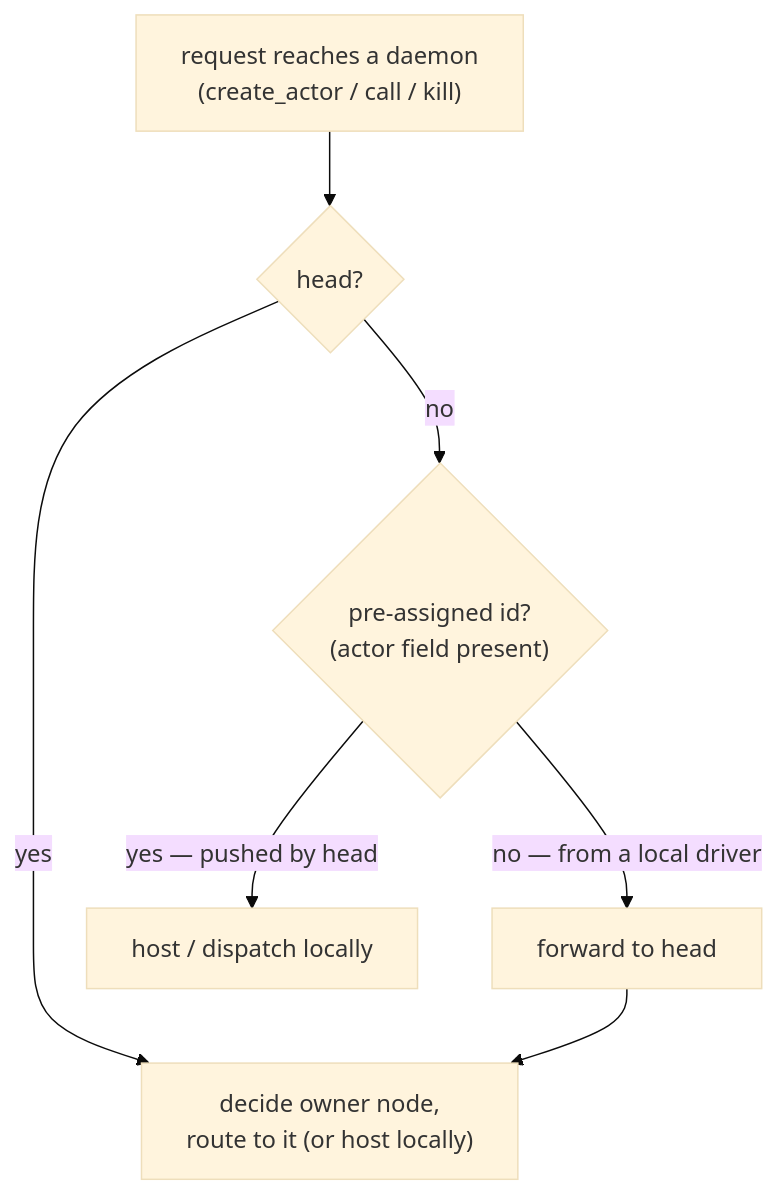
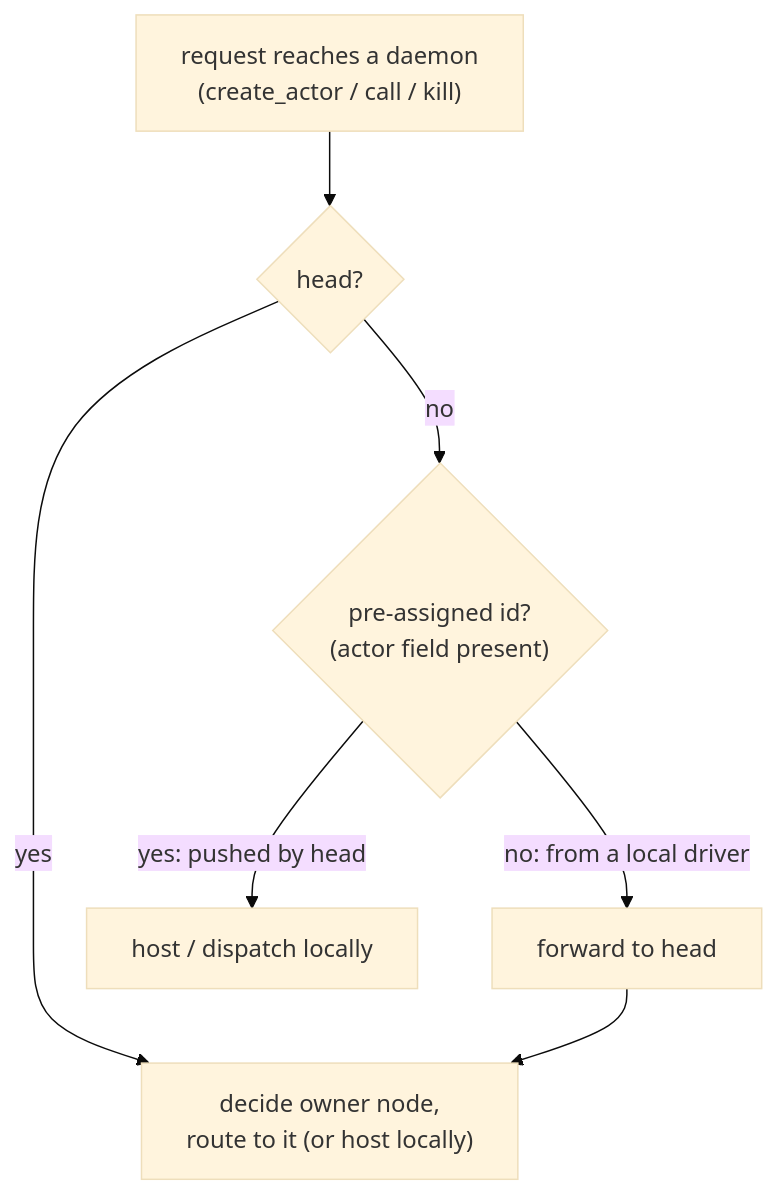
The diagram in docs/PROTOCOL.md (maci0/beam), drawn with Mermaid (base theme) before and after one commit. The commit also changed other lines of this file and 7 other files, not shown here.

````diff
--- a/docs/PROTOCOL.md
+++ b/docs/PROTOCOL.md
@@ -78,9 +78,9 @@
 ```mermaid
 flowchart TD
     REQ["request reaches a daemon<br/>(create_actor / call / kill)"] --> ISHEAD{head?}
     ISHEAD -->|yes| PLACE["decide owner node,<br/>route to it (or host locally)"]
     ISHEAD -->|no| HASID{"pre-assigned id?<br/>(actor field present)"}
-    HASID -->|"yes — pushed by head"| LOCAL["host / dispatch locally"]
-    HASID -->|"no — from a local driver"| FWD["forward to head"]
+    HASID -->|"yes: pushed by head"| LOCAL["host / dispatch locally"]
+    HASID -->|"no: from a local driver"| FWD["forward to head"]
     FWD --> PLACE
 ```
````
